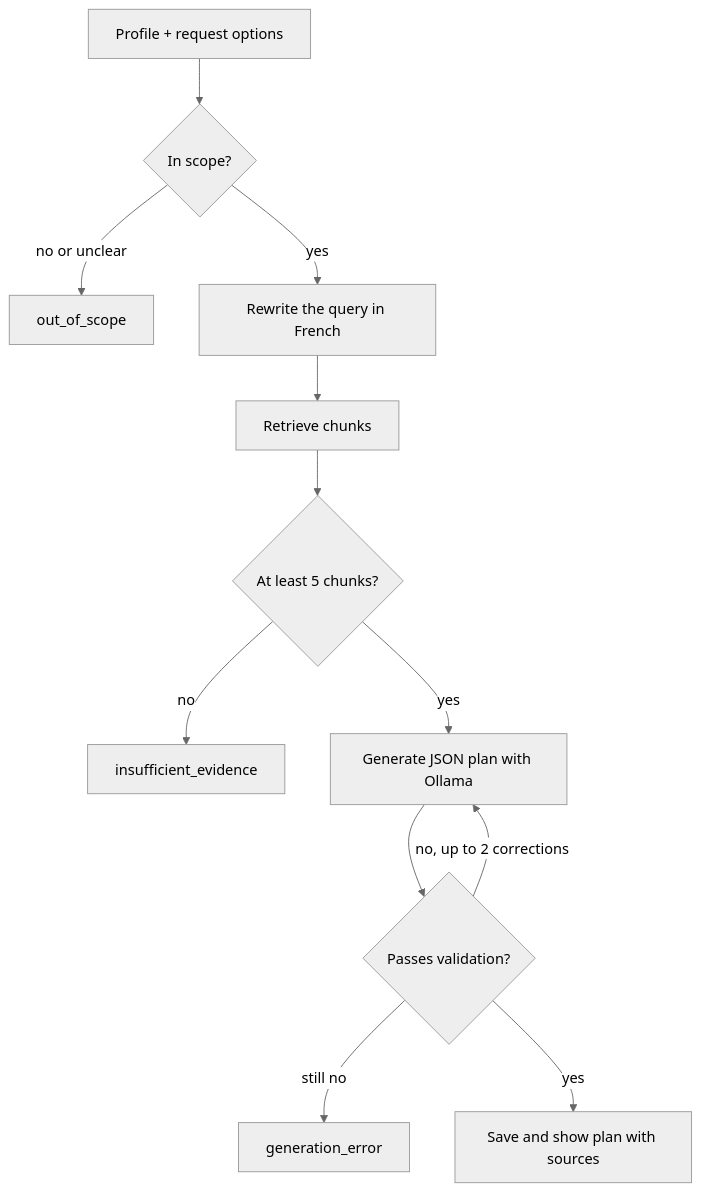
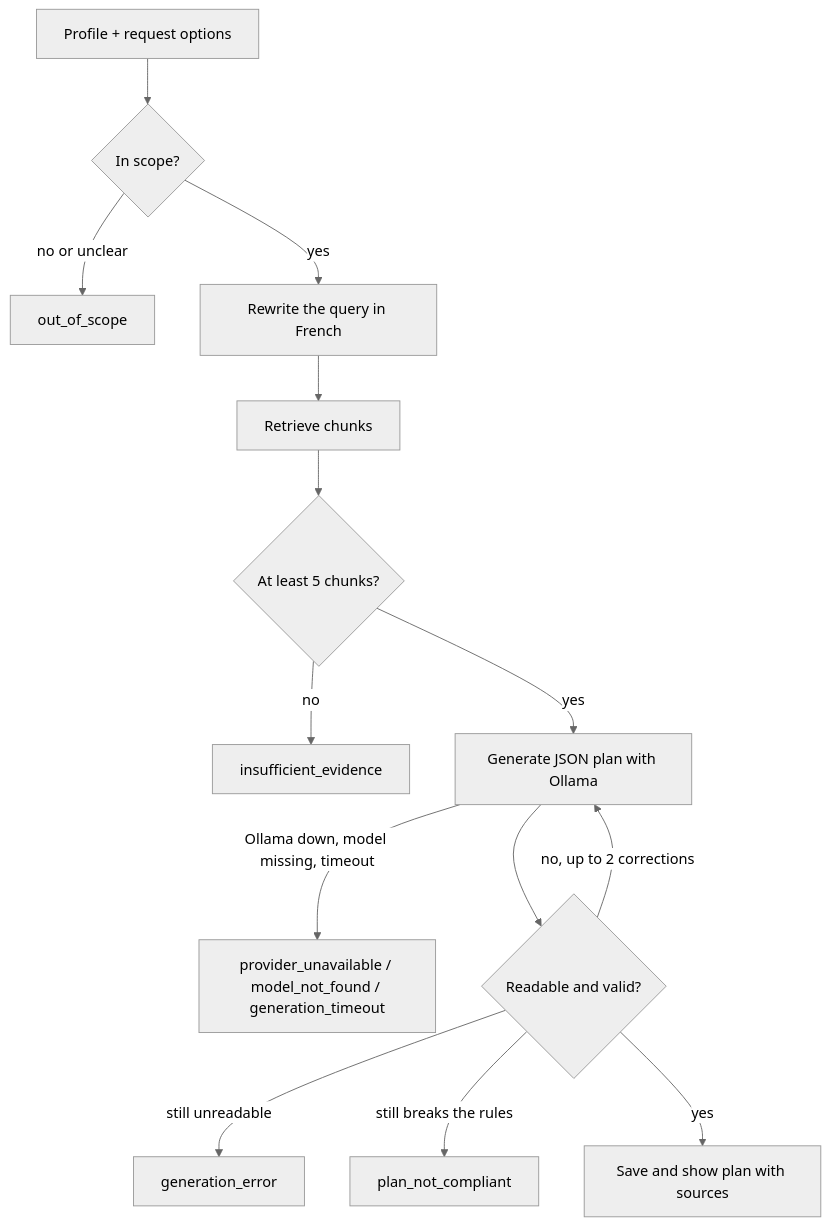
The diagram in docs/rag_pipeline.md (Kingflow-23/RepWise), drawn with Mermaid (neutral theme) before and after one commit. The commit also changed other lines of this file and 11 other files, not shown here.

````diff
--- a/docs/rag_pipeline.md
+++ b/docs/rag_pipeline.md
@@ -6,14 +6,16 @@
 ```mermaid
 flowchart TD
     Request[Profile + request options] --> Scope{In scope?}
     Scope -->|no or unclear| Refused[out_of_scope]
     Scope -->|yes| Rewrite[Rewrite the query in French]
     Rewrite --> Search[Retrieve chunks]
     Search --> Enough{At least 5 chunks?}
     Enough -->|no| Insufficient[insufficient_evidence]
     Enough -->|yes| Generate[Generate JSON plan with Ollama]
-    Generate --> Check{Passes validation?}
+    Generate -->|Ollama down, model missing, timeout| Service[provider_unavailable / model_not_found / generation_timeout]
+    Generate --> Check{Readable and valid?}
     Check -->|no, up to 2 corrections| Generate
-    Check -->|still no| Failed[generation_error]
+    Check -->|still unreadable| Failed[generation_error]
+    Check -->|still breaks the rules| Rejected[plan_not_compliant]
     Check -->|yes| Saved[Save and show plan with sources]
 ```
````
